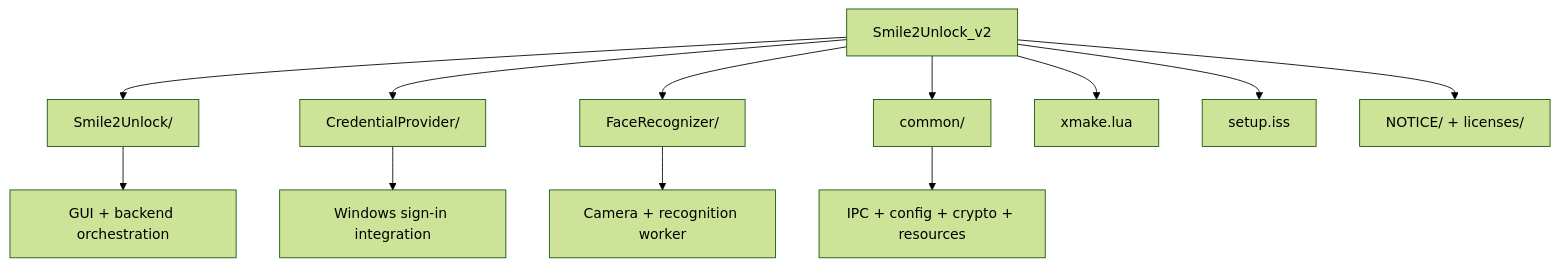
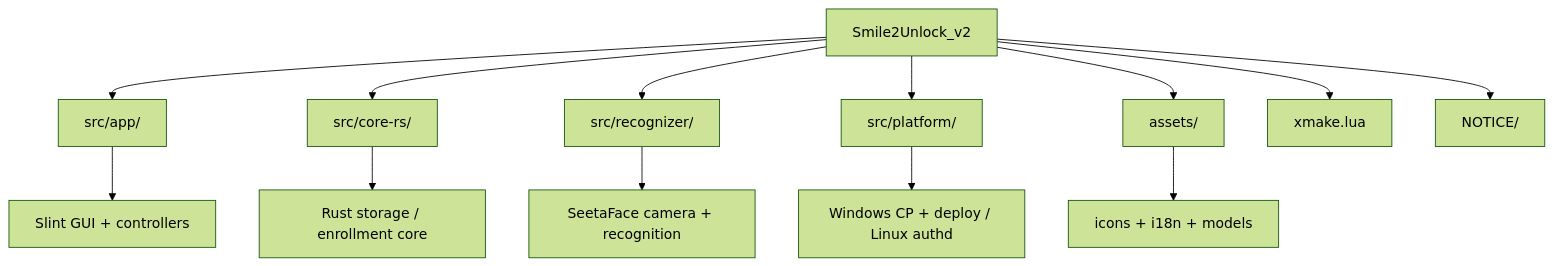
The third of 3 diagrams in README.md (Smile2Unlock/Smile2Unlock_v2), drawn with Mermaid (forest theme) before and after one commit. The commit also changed other lines of this file and 87 other files, not shown here.

First line of the commit message:
refactor: consolidate all resources into assets/ and remove legacy dirs

````diff
--- a/README.md
+++ b/README.md
@@ -150,16 +149,17 @@
 ```mermaid
 flowchart TD
     ROOT[Smile2Unlock_v2]
-    ROOT --> APP[Smile2Unlock/]
-    ROOT --> CP[CredentialProvider/]
-    ROOT --> FR[FaceRecognizer/]
-    ROOT --> COMMON[common/]
+    ROOT --> APP[src/app/]
+    ROOT --> CORE[src/core-rs/]
+    ROOT --> REC[src/recognizer/]
+    ROOT --> PLAT[src/platform/]
+    ROOT --> ASSETS[assets/]
     ROOT --> BUILD[xmake.lua]
-    ROOT --> INSTALLER[setup.iss]
-    ROOT --> NOTICE[NOTICE/ + licenses/]
+    ROOT --> NOTICE[NOTICE/]
 
-    APP --> APP1[GUI + backend orchestration]
-    CP --> CP1[Windows sign-in integration]
-    FR --> FR1[Camera + recognition worker]
-    COMMON --> COMMON1[IPC + config + crypto + resources]
+    APP --> APP1[Slint GUI + controllers]
+    CORE --> CORE1[Rust storage / enrollment core]
+    REC --> REC1[SeetaFace camera + recognition]
+    PLAT --> PLAT1[Windows CP + deploy / Linux authd]
+    ASSETS --> ASSETS1[icons + i18n + models]
 ```
````
